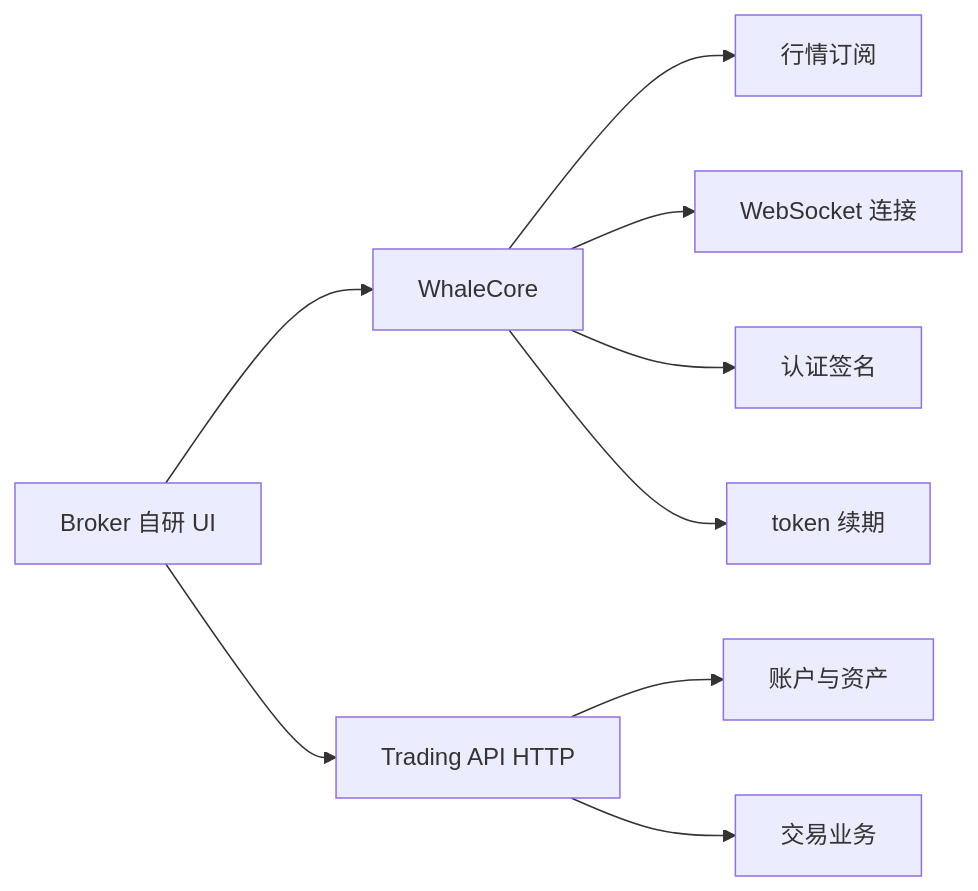
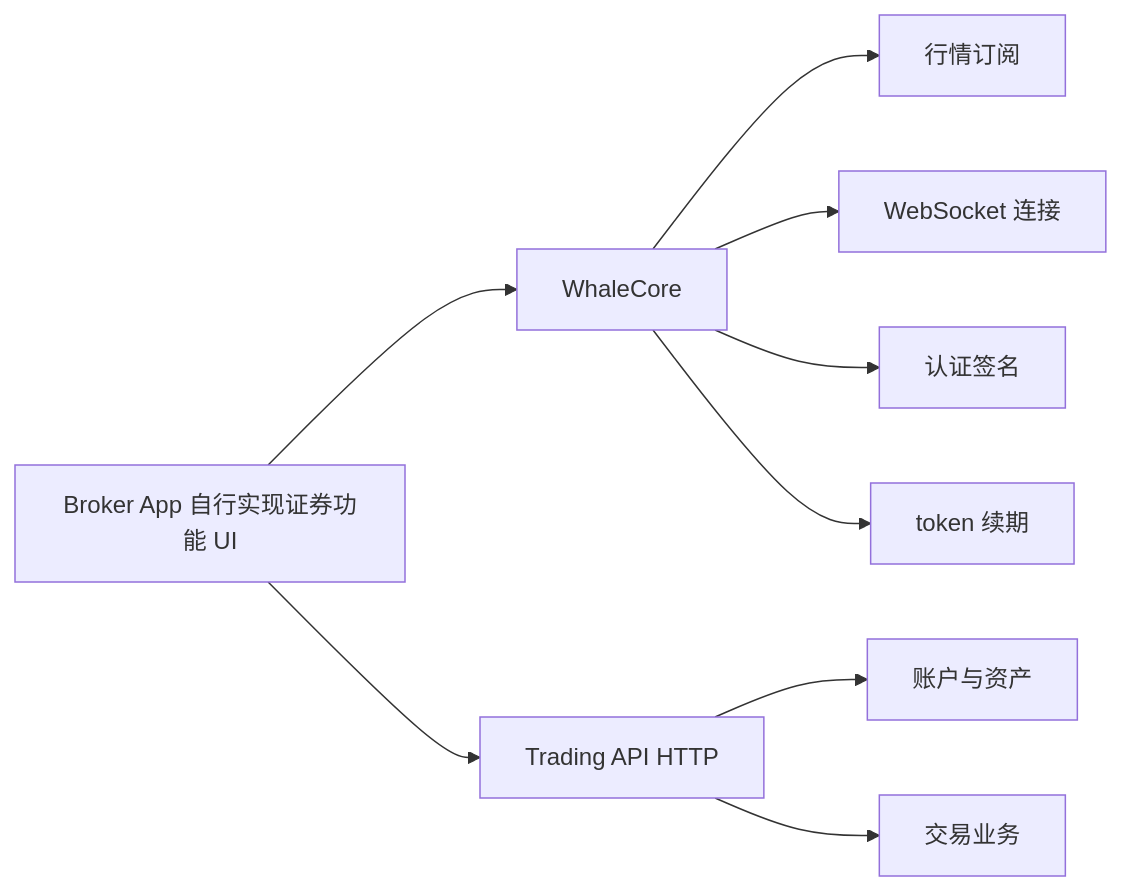
One commit to longbridge/whale-docs changed the diagram in cn/trading-api/introduction.mdx. Above: the diagram before and after it, drawn with Mermaid. The commit also changed 2 other files, not shown here.

Commit message:
docs: clarify Broker App terminology

````diff
--- a/cn/trading-api/introduction.mdx
+++ b/cn/trading-api/introduction.mdx
@@ -13,11 +13,11 @@
 ```mermaid
 flowchart LR
-    A[Broker 自研 UI] --> B[WhaleCore]
+    A[Broker App 自行实现证券功能 UI] --> B[WhaleCore]
     A --> C[Trading API HTTP]
     B --> D[行情订阅]
     B --> E[WebSocket 连接]
     B --> F[认证签名]
     B --> G[token 续期]
     C --> H[账户与资产]
     C --> I[交易业务]
 ```
````
